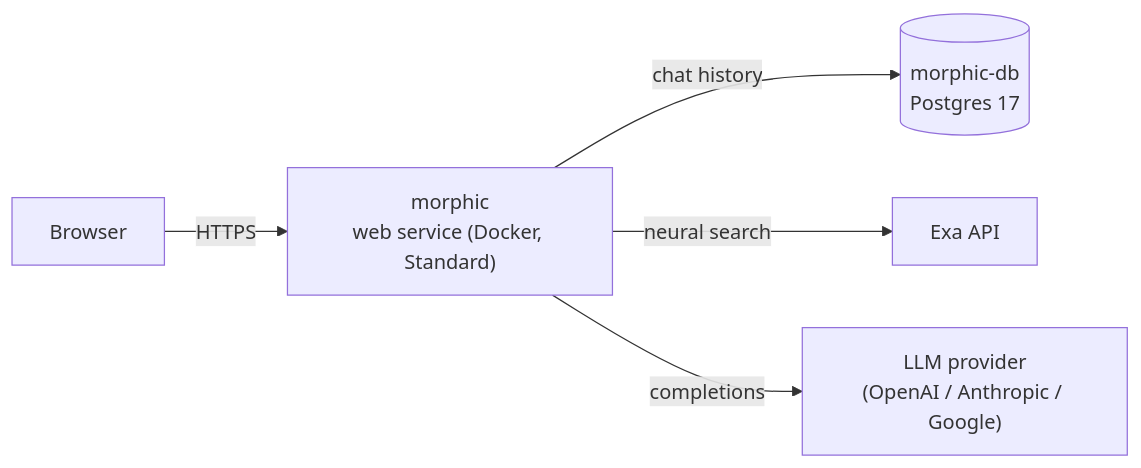
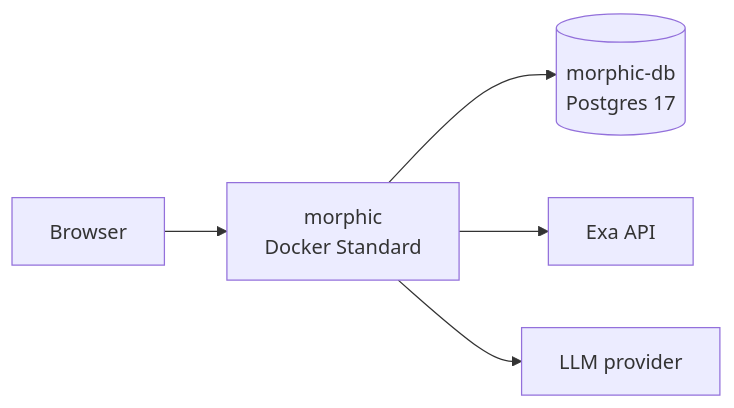
One commit to render-examples/morphic changed the diagram in README.md. Above: the diagram before and after it, drawn with Mermaid. The commit also changed other lines of this file and 3 other files, not shown here.

````diff
--- a/README.md
+++ b/README.md
@@ -50,7 +43,7 @@
 ```mermaid
 flowchart LR
-  user["Browser"] -->|HTTPS| web["morphic<br/>web service (Docker, Standard)"]
-  web -->|chat history| db[("morphic-db<br/>Postgres 17")]
-  web -->|neural search| exa["Exa API"]
-  web -->|completions| llm["LLM provider<br/>(OpenAI / Anthropic / Google)"]
+  browser["Browser"] --> web["morphic<br/>Docker Standard"]
+  web --> db[("morphic-db<br/>Postgres 17")]
+  web --> exa["Exa API"]
+  web --> llm["LLM provider"]
 ```
````
